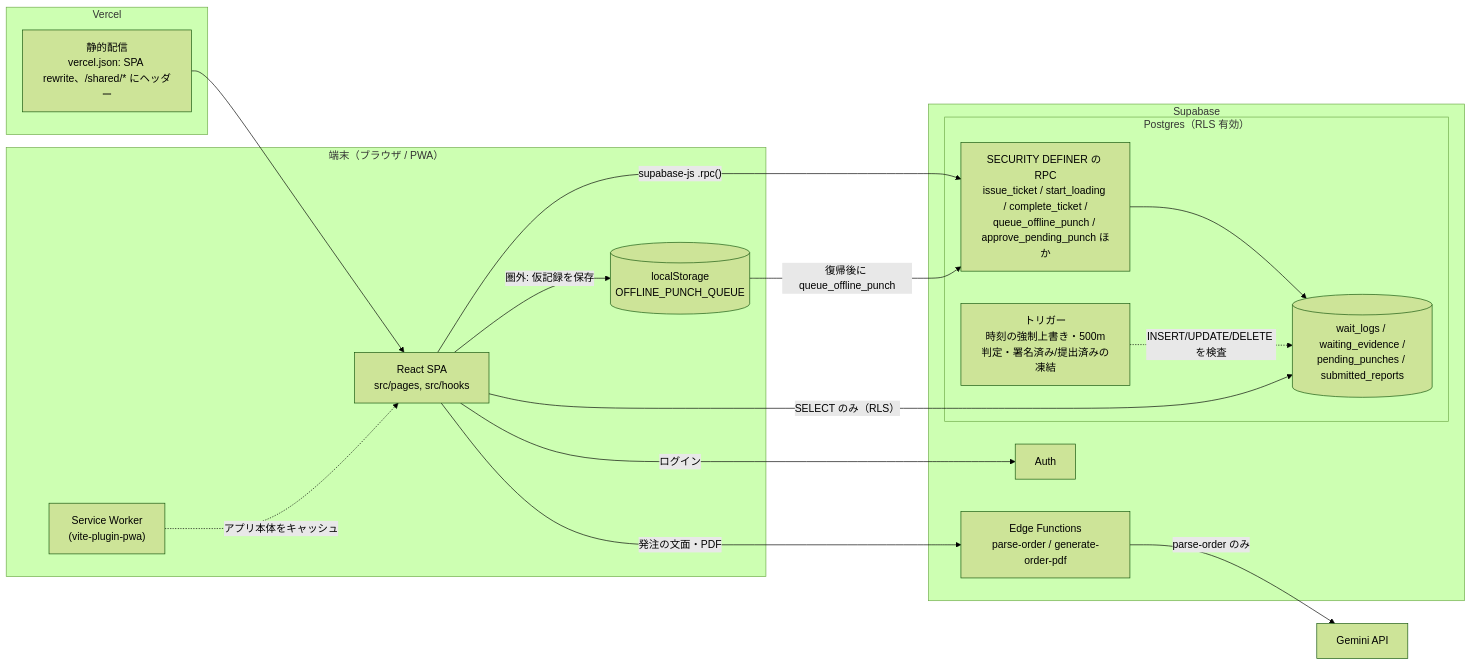
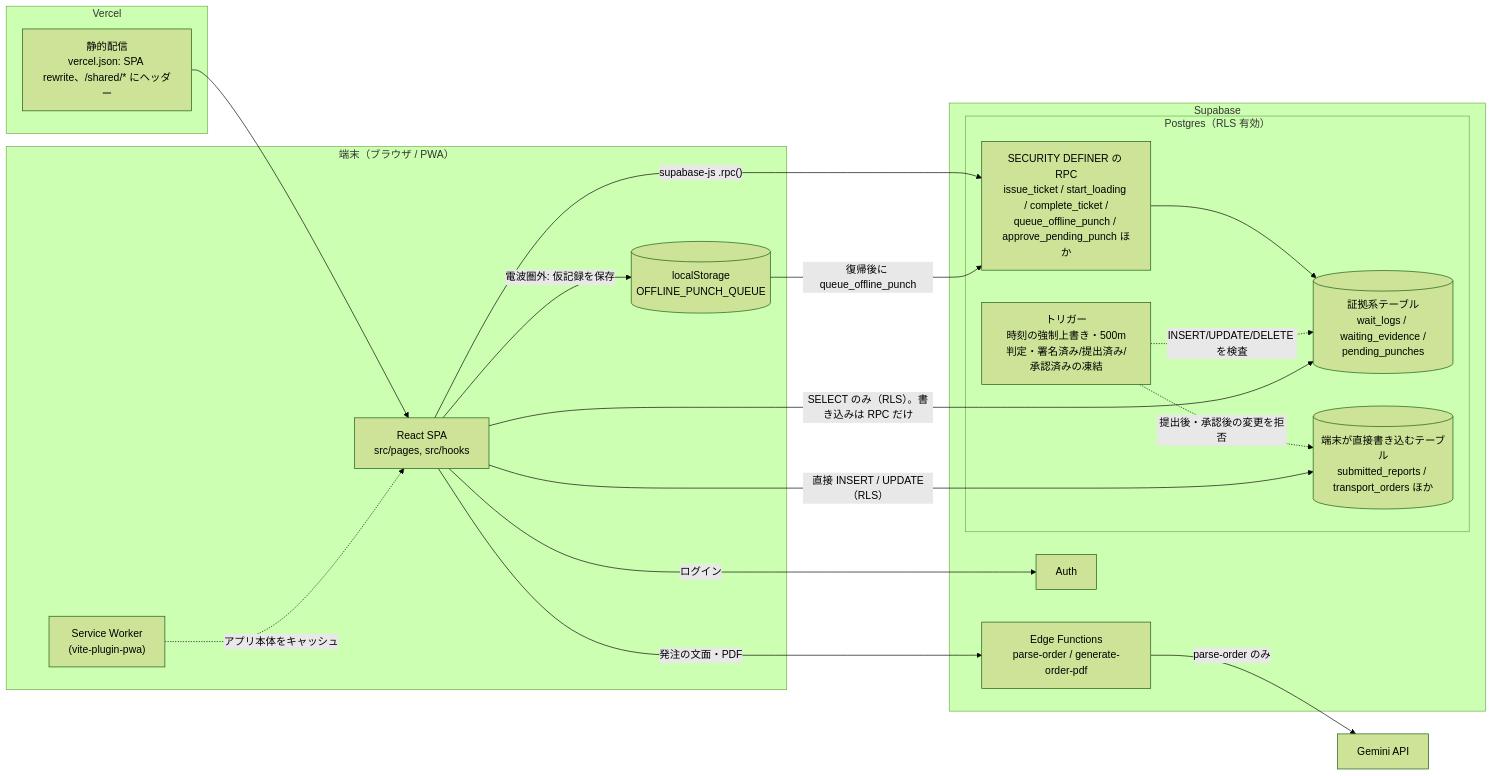
Before and after one commit to ryoumatsuda0809-cloud/logi-comp: the first of 2 diagrams in shugoshin-logbook/README.md, drawn with Mermaid (forest theme). The commit also changed other lines of this file and 2 other files, not shown here.

````diff
--- a/shugoshin-logbook/README.md
+++ b/shugoshin-logbook/README.md
@@ -36,36 +36,39 @@
 ```mermaid
 flowchart LR
   subgraph Client["端末（ブラウザ / PWA）"]
     UI["React SPA<br/>src/pages, src/hooks"]
     Q[("localStorage<br/>OFFLINE_PUNCH_QUEUE")]
     SW["Service Worker<br/>(vite-plugin-pwa)"]
   end
 
   subgraph Vercel["Vercel"]
     Static["静的配信<br/>vercel.json: SPA rewrite、/shared/* にヘッダー"]
   end
 
   subgraph Supabase["Supabase"]
     Auth["Auth"]
     subgraph PG["Postgres（RLS 有効）"]
       RPC["SECURITY DEFINER の RPC<br/>issue_ticket / start_loading / complete_ticket /<br/>queue_offline_punch / approve_pending_punch ほか"]
-      TRG["トリガー<br/>時刻の強制上書き・500m判定・署名済み/提出済みの凍結"]
-      EV[("wait_logs / waiting_evidence /<br/>pending_punches / submitted_reports")]
+      TRG["トリガー<br/>時刻の強制上書き・500m判定・署名済み/提出済み/承認済みの凍結"]
+      EV[("証拠系テーブル<br/>wait_logs / waiting_evidence /<br/>pending_punches")]
+      DW[("端末が直接書き込むテーブル<br/>submitted_reports / transport_orders ほか")]
     end
     EF["Edge Functions<br/>parse-order / generate-order-pdf"]
   end
 
   Gemini["Gemini API"]
 
   Static --> UI
   SW -. "アプリ本体をキャッシュ" .-> UI
   UI -- "ログイン" --> Auth
   UI -- "supabase-js .rpc()" --> RPC
   RPC --> EV
   TRG -. "INSERT/UPDATE/DELETE を検査" .-> EV
-  UI -- "SELECT のみ（RLS）" --> EV
-  UI -- "圏外: 仮記録を保存" --> Q
+  TRG -. "提出後・承認後の変更を拒否" .-> DW
+  UI -- "SELECT のみ（RLS）。書き込みは RPC だけ" --> EV
+  UI -- "直接 INSERT / UPDATE（RLS）" --> DW
+  UI -- "電波圏外: 仮記録を保存" --> Q
   Q -- "復帰後に queue_offline_punch" --> RPC
   UI -- "発注の文面・PDF" --> EF
   EF -- "parse-order のみ" --> Gemini
 ```
````
